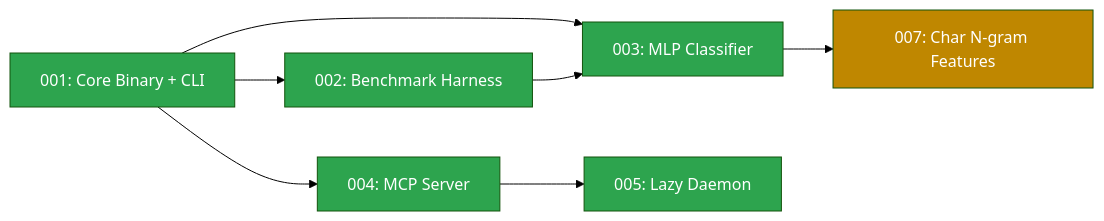
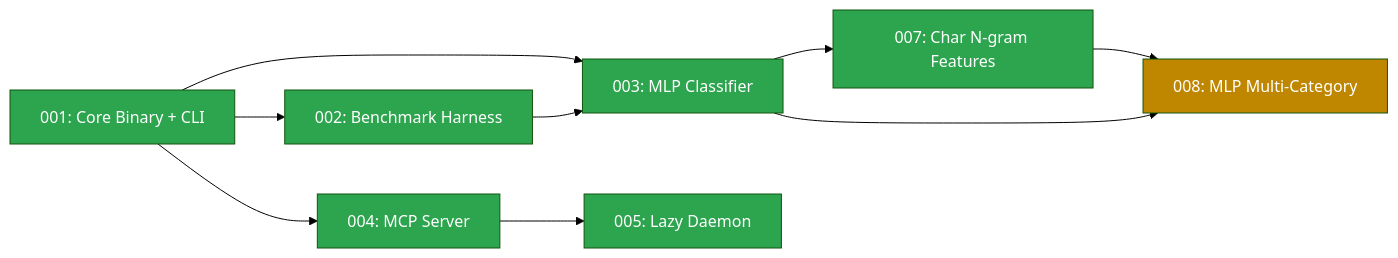
Before and after one commit to srobroek/computer-says-no: the diagram in docs/spec-dependency-graph.md, drawn with Mermaid (forest theme). The commit also changed other lines of this file and 8 other files, not shown here.

First line of the commit message:
docs: spec 008 MLP multi-category — specify, plan, tasks

````diff
--- a/docs/spec-dependency-graph.md
+++ b/docs/spec-dependency-graph.md
@@ -3,20 +3,23 @@
 ```mermaid
 graph LR
     001[001: Core Binary + CLI]:::done
     002[002: Benchmark Harness]:::done
     003[003: MLP Classifier]:::done
     004[004: MCP Server]:::done
     005[005: Lazy Daemon]:::done
-    007[007: Char N-gram Features]:::ready
+    007[007: Char N-gram Features]:::done
+    008[008: MLP Multi-Category]:::ready
 
     001 --> 002
     001 --> 003
     001 --> 004
     002 --> 003
     004 --> 005
     003 --> 007
+    007 --> 008
+    003 --> 008
 
     classDef done fill:#2da44e,color:#fff
     classDef ready fill:#bf8700,color:#fff
     classDef future fill:#656d76,color:#fff
 ```
````
